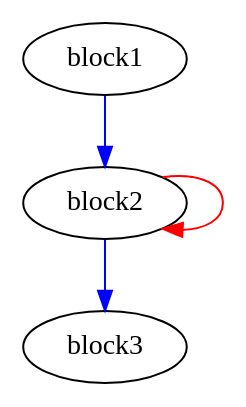
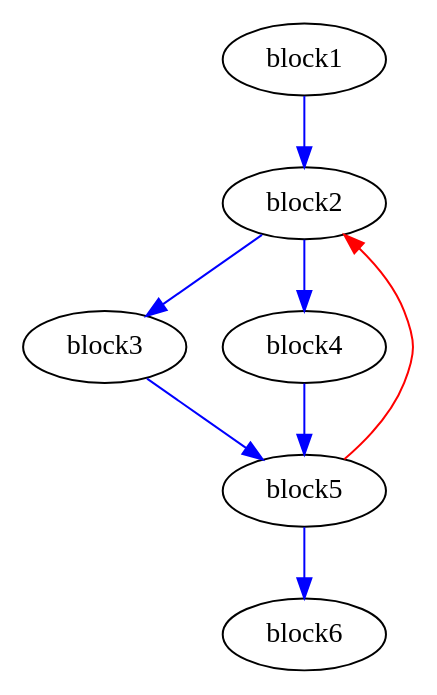
One commit to radigianluca/tagged-token-delivery changed the diagram in Regression_test/examples/fir/reports/fir_bbgraph.dot. Above: the diagram before and after it, drawn with Graphviz. The commit also changed 81 other files, not shown here.

```diff
--- a/Regression_test/examples/fir/reports/fir_bbgraph.dot
+++ b/Regression_test/examples/fir/reports/fir_bbgraph.dot
@@ -1,10 +1,17 @@
 Digraph G {
 	splines=spline;
 //DHLS version: 0.1.1" [shape = "none" pos = "20,20!"]
 		"block1";
 		"block2";
 		"block3";
-		"block1" -> "block2" [color = "blue", freq = 5];
-		"block2" -> "block2" [color = "red", freq = 10];
-		"block2" -> "block3" [color = "blue", freq = 5];
+		"block4";
+		"block5";
+		"block6";
+		"block1" -> "block2" [color = "blue", freq = 10];
+		"block2" -> "block3" [color = "blue", freq = 75];
+		"block2" -> "block4" [color = "blue", freq = 5];
+		"block3" -> "block5" [color = "blue", freq = 75];
+		"block4" -> "block5" [color = "blue", freq = 5];
+		"block5" -> "block2" [color = "red", freq = 70];
+		"block5" -> "block6" [color = "blue", freq = 10];
 }
```
